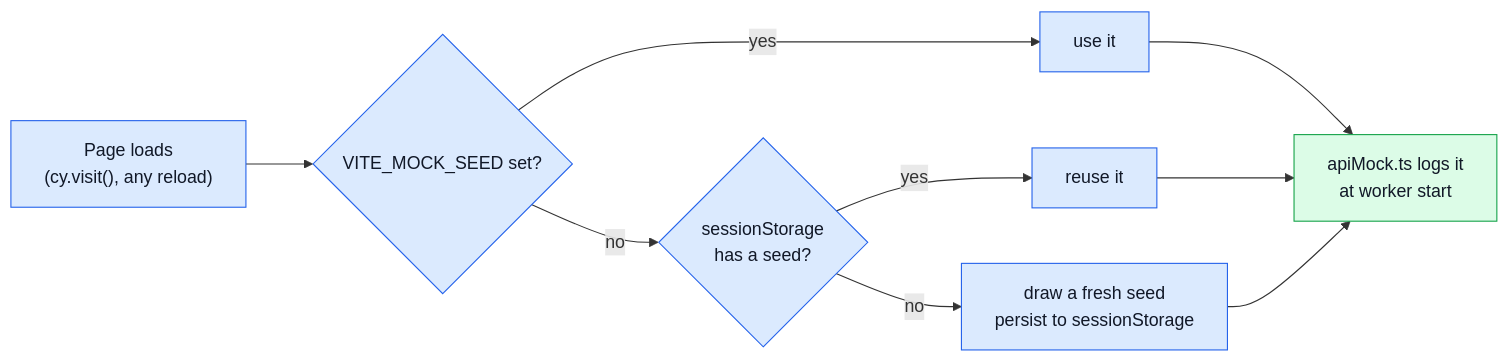
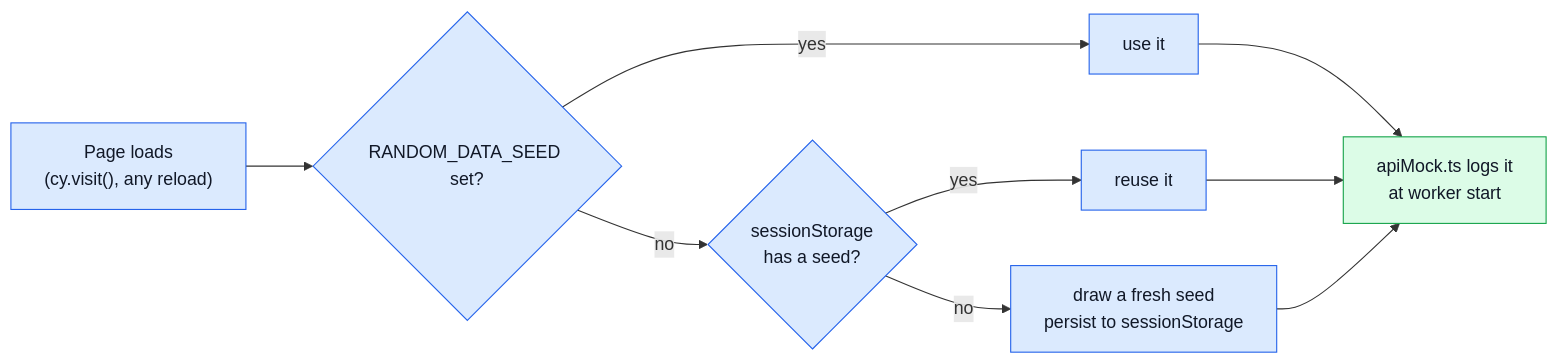
Before and after one commit to Guebbit/boilerplate-vue-frontend: the second of 2 diagrams in docs/tools/e2e-random-profile.md, drawn with Mermaid. The commit also changed other lines of this file and 22 other files, not shown here.

````diff
--- a/docs/tools/e2e-random-profile.md
+++ b/docs/tools/e2e-random-profile.md
@@ -55,17 +55,17 @@
 ```mermaid
 %%{init: {'flowchart': {'nodeSpacing': 50, 'rankSpacing': 60}}}%%
 flowchart LR
-    Boot["Page loads\n(cy.visit(), any reload)"] --> Check{"VITE_MOCK_SEED set?"}
+    Boot["Page loads\n(cy.visit(), any reload)"] --> Check{"RANDOM_DATA_SEED set?"}
     Check -->|yes| UseEnv["use it"]
     Check -->|no| CheckStorage{"sessionStorage\nhas a seed?"}
     CheckStorage -->|yes| UseStored["reuse it"]
     CheckStorage -->|no| Fresh["draw a fresh seed\npersist to sessionStorage"]
     UseEnv --> Log["apiMock.ts logs it\nat worker start"]
     UseStored --> Log
     Fresh --> Log
 
     classDef step fill:#dbeafe,stroke:#2563eb,color:#111827;
     classDef out fill:#dcfce7,stroke:#16a34a,color:#111827;
     class Boot,Check,CheckStorage,UseEnv,UseStored,Fresh step;
     class Log out;
 ```
````
